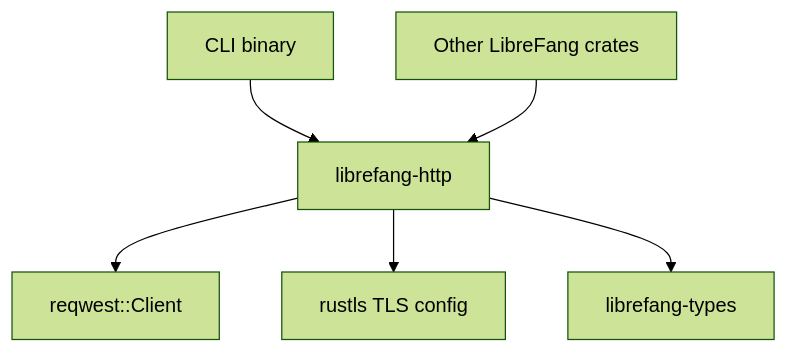
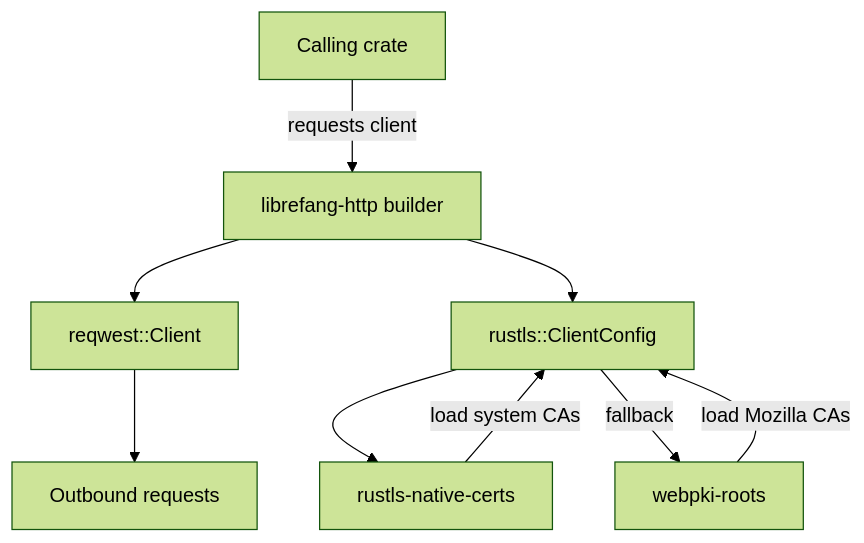
One commit to leszek3737/librefang-WIki changed the diagram in other-librefang-http.md. Above: the diagram before and after it, drawn with Mermaid (forest theme). The commit also changed other lines of this file and 98 other files, not shown here.

````diff
--- a/other-librefang-http.md
+++ b/other-librefang-http.md
@@ -33,8 +39,11 @@
 ```mermaid
 graph TD
-    A[librefang-http] --> B[reqwest::Client]
-    A --> C[rustls TLS config]
-    A --> D[librefang-types]
-    E[CLI binary] --> A
-    F[Other LibreFang crates] --> A
+    A[Calling crate] -->|requests client| B[librefang-http builder]
+    B --> C[reqwest::Client]
+    B --> D[rustls::ClientConfig]
+    D --> E[rustls-native-certs]
+    D -->|fallback| F[webpki-roots]
+    E -->|load system CAs| D
+    F -->|load Mozilla CAs| D
+    C --> G[Outbound requests]
 ```
````
